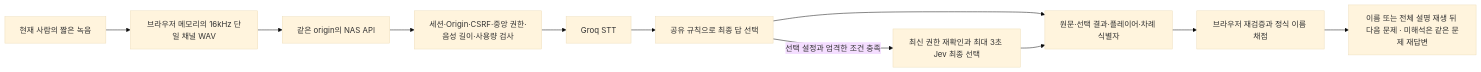
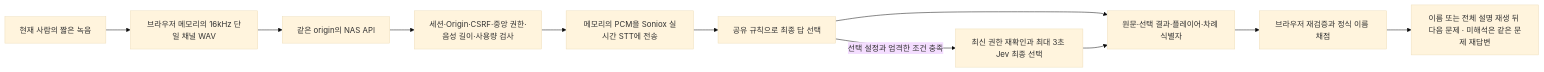
Before and after one commit to techjuicelab/FlagQuiz: the diagram in docs/spoken-stt.md, drawn with Mermaid (base theme). The commit also changed other lines of this file and 18 other files, not shown here.

````diff
--- a/docs/spoken-stt.md
+++ b/docs/spoken-stt.md
@@ -33,13 +35,13 @@
 ```mermaid
 flowchart LR
   A[현재 사람의 짧은 녹음] --> B[브라우저 메모리의 16kHz 단일 채널 WAV]
   B --> C[같은 origin의 NAS API]
   C --> D[세션·Origin·CSRF·중앙 권한·음성 길이·사용량 검사]
-  D --> E[Groq STT]
+  D --> E[메모리의 PCM을 Soniox 실시간 STT에 전송]
   E --> F[공유 규칙으로 최종 답 선택]
   F --> G[원문·선택 결과·플레이어·차례 식별자]
   F -->|선택 설정과 엄격한 조건 충족| J[최신 권한 재확인과 최대 3초 Jev 최종 선택]
   J --> G
   G --> H[브라우저 재검증과 정식 이름 채점]
   H --> I[이름 또는 전체 설명 재생 뒤 다음 문제 · 미해석은 같은 문제 재답변]
 ```
````
